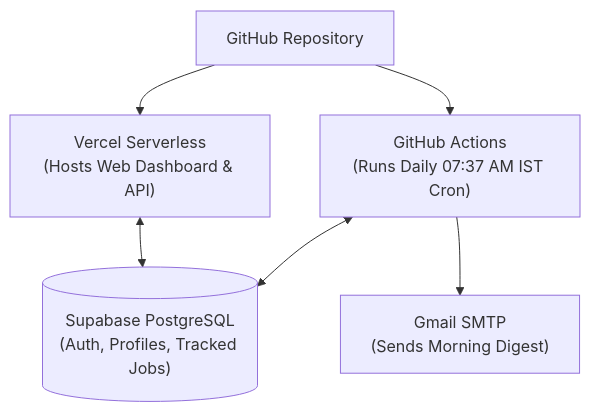
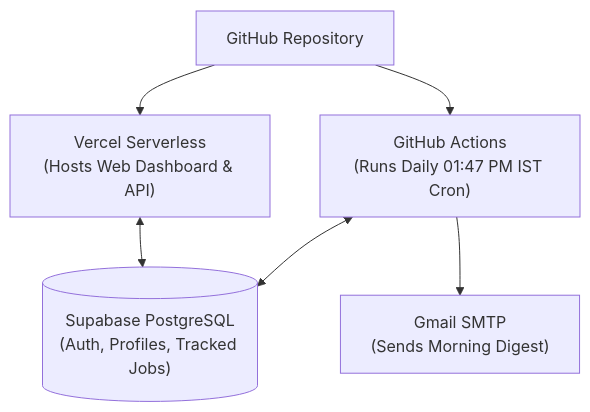
Before and after one commit to tanish-jain-225/job-hunter: the third of 3 diagrams in docs/SETUP.md, drawn with Mermaid. The commit also changed other lines of this file and 19 other files, not shown here.

````diff
--- a/docs/SETUP.md
+++ b/docs/SETUP.md
@@ -537,8 +537,8 @@
 ```mermaid
 flowchart TD
     Repo["GitHub Repository"] --> Vercel["Vercel Serverless\n(Hosts Web Dashboard & API)"]
-    Repo --> Actions["GitHub Actions\n(Runs Daily 07:37 AM IST Cron)"]
+    Repo --> Actions["GitHub Actions\n(Runs Daily 01:47 PM IST Cron)"]
     Vercel <--> Supabase[("Supabase PostgreSQL\n(Auth, Profiles, Tracked Jobs)")]
     Actions <--> Supabase
     Actions --> SMTP["Gmail SMTP\n(Sends Morning Digest)"]
 ```
````
